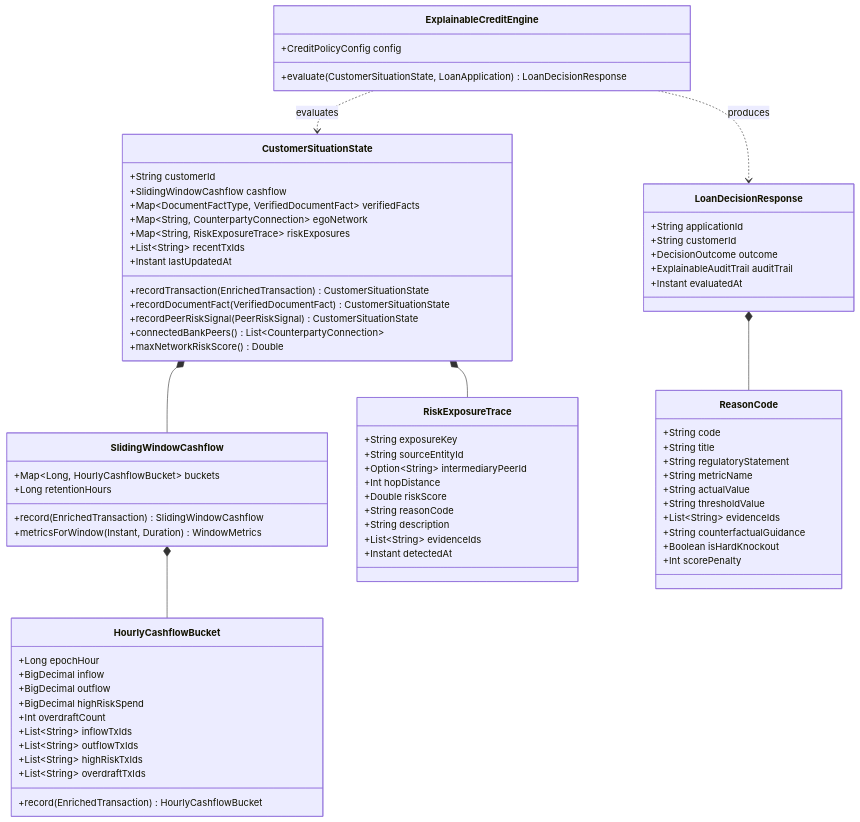
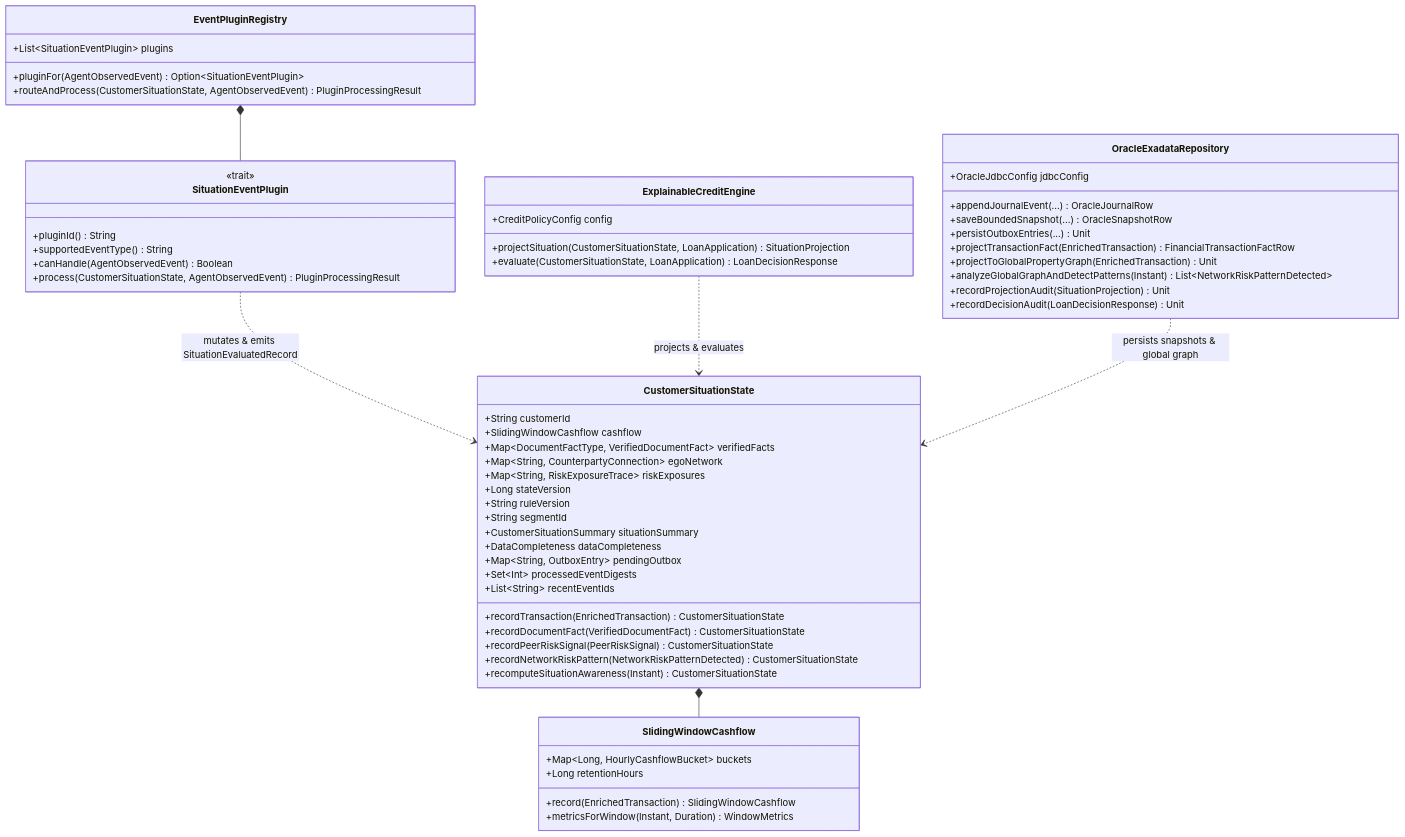
Before and after one commit to kkaduk/CustAgents: the fifth of 9 diagrams in ARCHITECTURE.md, drawn with Mermaid. The commit also changed other lines of this file, not shown here.

Commit message:
Adding 4+1 architecture description

````diff
--- a/ARCHITECTURE.md
+++ b/ARCHITECTURE.md
@@ -148,82 +243,68 @@
 ```mermaid
 classDiagram
     class CustomerSituationState {
         +String customerId
         +SlidingWindowCashflow cashflow
         +Map~DocumentFactType, VerifiedDocumentFact~ verifiedFacts
         +Map~String, CounterpartyConnection~ egoNetwork
         +Map~String, RiskExposureTrace~ riskExposures
-        +List~String~ recentTxIds
-        +Instant lastUpdatedAt
+        +Long stateVersion
+        +String ruleVersion
+        +String segmentId
+        +CustomerSituationSummary situationSummary
+        +DataCompleteness dataCompleteness
+        +Map~String, OutboxEntry~ pendingOutbox
+        +Set~Int~ processedEventDigests
+        +List~String~ recentEventIds
         +recordTransaction(EnrichedTransaction) CustomerSituationState
         +recordDocumentFact(VerifiedDocumentFact) CustomerSituationState
         +recordPeerRiskSignal(PeerRiskSignal) CustomerSituationState
-        +connectedBankPeers() List~CounterpartyConnection~
-        +maxNetworkRiskScore() Double
+        +recordNetworkRiskPattern(NetworkRiskPatternDetected) CustomerSituationState
+        +recomputeSituationAwareness(Instant) CustomerSituationState
+    }
+
+    class EventPluginRegistry {
+        +List~SituationEventPlugin~ plugins
+        +pluginFor(AgentObservedEvent) Option~SituationEventPlugin~
+        +routeAndProcess(CustomerSituationState, AgentObservedEvent) PluginProcessingResult
+    }
+
+    class SituationEventPlugin {
+        <<trait>>
+        +pluginId() String
+        +supportedEventType() String
+        +canHandle(AgentObservedEvent) Boolean
+        +process(CustomerSituationState, AgentObservedEvent) PluginProcessingResult
     }
 
     class SlidingWindowCashflow {
         +Map~Long, HourlyCashflowBucket~ buckets
         +Long retentionHours
         +record(EnrichedTransaction) SlidingWindowCashflow
         +metricsForWindow(Instant, Duration) WindowMetrics
     }
 
-    class HourlyCashflowBucket {
-        +Long epochHour
-        +BigDecimal inflow
-        +BigDecimal outflow
-        +BigDecimal highRiskSpend
-        +Int overdraftCount
-        +List~String~ inflowTxIds
-        +List~String~ outflowTxIds
-        +List~String~ highRiskTxIds
-        +List~String~ overdraftTxIds
-        +record(EnrichedTransaction) HourlyCashflowBucket
-    }
-
-    class RiskExposureTrace {
-        +String exposureKey
-        +String sourceEntityId
-        +Option~String~ intermediaryPeerId
-        +Int hopDistance
-        +Double riskScore
-        +String reasonCode
-        +String description
-        +List~String~ evidenceIds
-        +Instant detectedAt
-    }
-
     class ExplainableCreditEngine {
         +CreditPolicyConfig config
+        +projectSituation(CustomerSituationState, LoanApplication) SituationProjection
         +evaluate(CustomerSituationState, LoanApplication) LoanDecisionResponse
     }
 
-    class LoanDecisionResponse {
-        +String applicationId
-        +String customerId
-        +DecisionOutcome outcome
-        +ExplainableAuditTrail auditTrail
-        +Instant evaluatedAt
-    }
-
-    class ReasonCode {
-        +String code
-        +String title
-        +String regulatoryStatement
-        +String metricName
-        +String actualValue
-        +String thresholdValue
-        +List~String~ evidenceIds
-        +String counterfactualGuidance
-        +Boolean isHardKnockout
-        +Int scorePenalty
+    class OracleExadataRepository {
+        +OracleJdbcConfig jdbcConfig
+        +appendJournalEvent(...) OracleJournalRow
+        +saveBoundedSnapshot(...) OracleSnapshotRow
+        +persistOutboxEntries(...) Unit
+        +projectTransactionFact(EnrichedTransaction) FinancialTransactionFactRow
+        +projectToGlobalPropertyGraph(EnrichedTransaction) Unit
+        +analyzeGlobalGraphAndDetectPatterns(Instant) List~NetworkRiskPatternDetected~
+        +recordProjectionAudit(SituationProjection) Unit
+        +recordDecisionAudit(LoanDecisionResponse) Unit
     }
 
     CustomerSituationState *-- SlidingWindowCashflow
-    SlidingWindowCashflow *-- HourlyCashflowBucket
-    CustomerSituationState *-- RiskExposureTrace
-    ExplainableCreditEngine ..> CustomerSituationState : evaluates
-    ExplainableCreditEngine ..> LoanDecisionResponse : produces
-    LoanDecisionResponse *-- ReasonCode
+    EventPluginRegistry *-- SituationEventPlugin
+    SituationEventPlugin ..> CustomerSituationState : mutates & emits SituationEvaluatedRecord
+    ExplainableCreditEngine ..> CustomerSituationState : projects & evaluates
+    OracleExadataRepository ..> CustomerSituationState : persists snapshots & global graph
 ```
````
